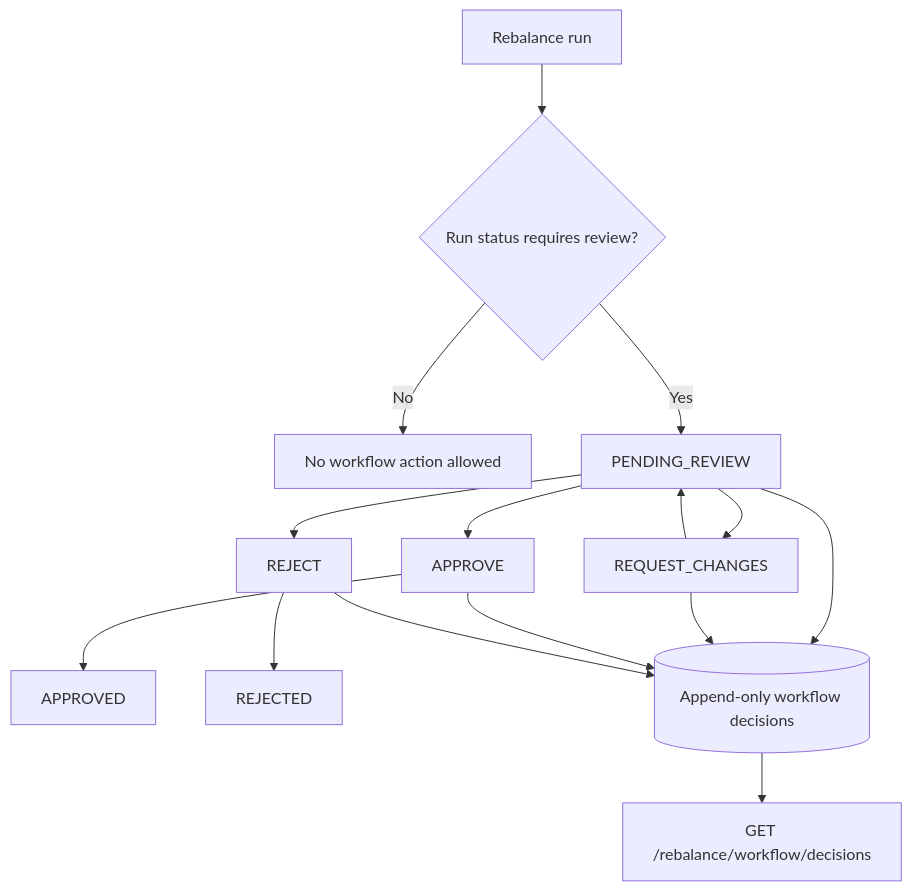
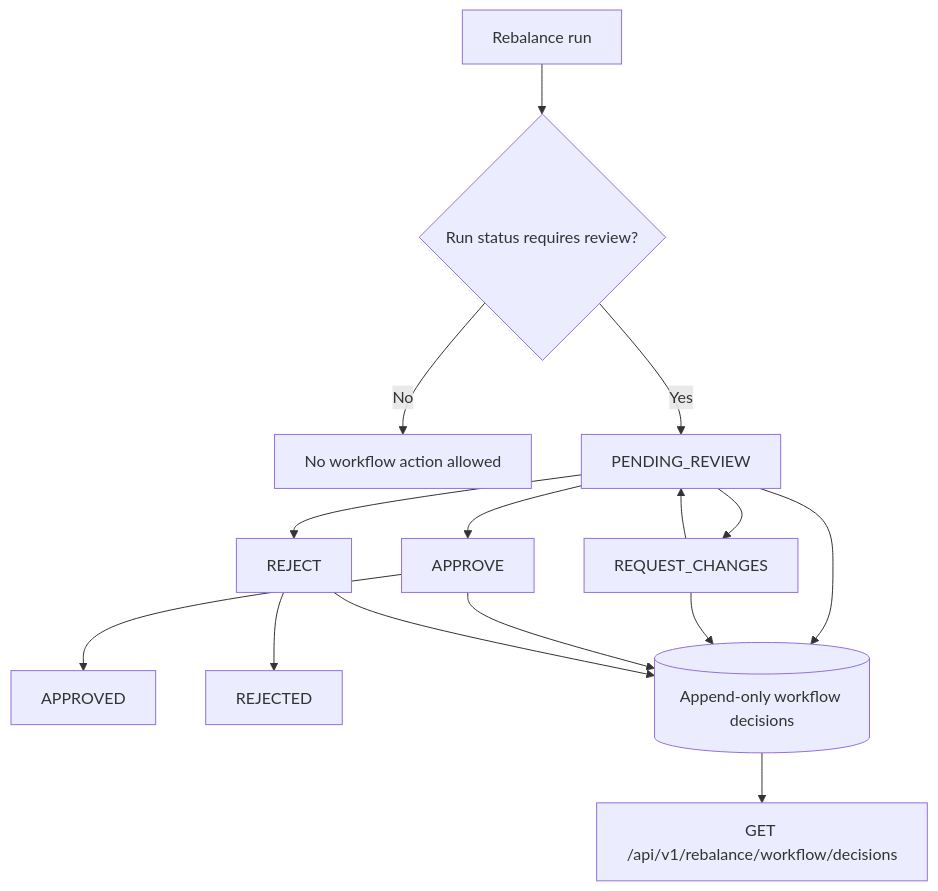
The fifth of 5 diagrams in wiki/Endpoint-Certification.md (sgajbi/lotus-manage), drawn with Mermaid before and after one commit. The commit also changed other lines of this file and 27 other files, not shown here.

````diff
--- a/wiki/Endpoint-Certification.md
+++ b/wiki/Endpoint-Certification.md
@@ -782,17 +777,17 @@
 ```mermaid
 flowchart TD
     Run[Rebalance run] --> Gate{Run status requires review?}
     Gate -->|No| Ready[No workflow action allowed]
     Gate -->|Yes| Pending[PENDING_REVIEW]
     Pending --> RequestChanges[REQUEST_CHANGES]
     RequestChanges --> Pending
     Pending --> Approve[APPROVE]
     Pending --> Reject[REJECT]
     Approve --> Approved[APPROVED]
     Reject --> Rejected[REJECTED]
     Pending --> History[(Append-only workflow decisions)]
     RequestChanges --> History
     Approve --> History
     Reject --> History
-    History --> List[GET /rebalance/workflow/decisions]
+    History --> List[GET /api/v1/rebalance/workflow/decisions]
 ```
````
